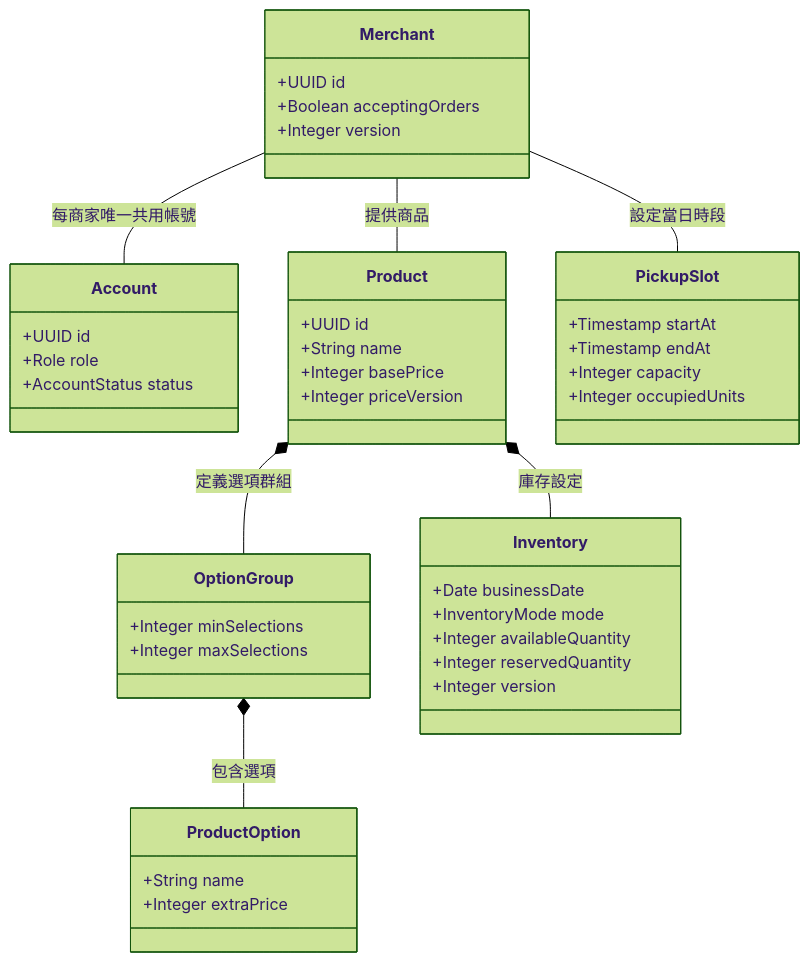
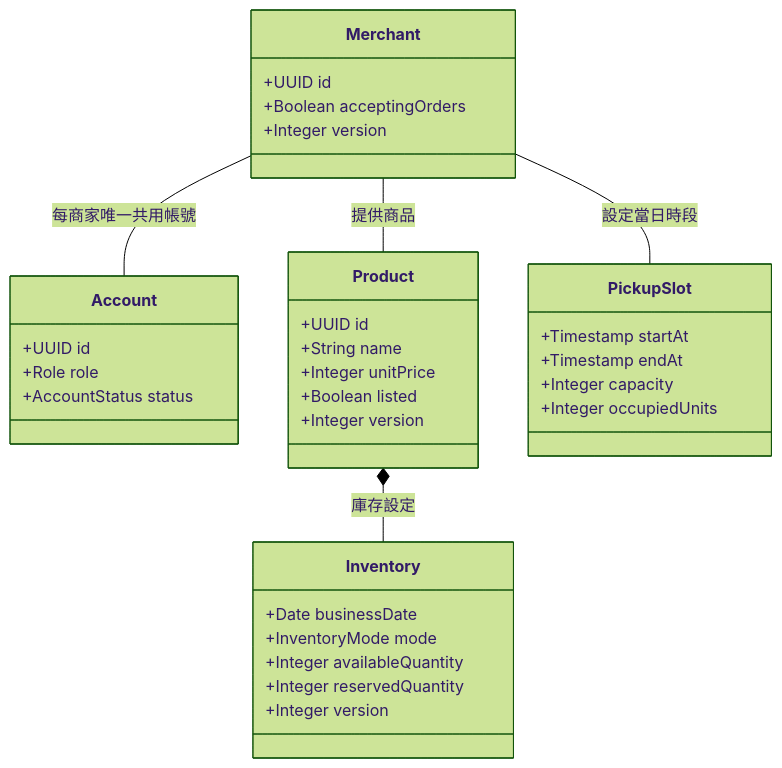
One commit to Himegragi/CampusRestaurantSystem changed the first of 2 diagrams in SAD_v0.6/10_共用資料架構.md. Above: the diagram before and after it, drawn with Mermaid (forest theme). The commit also changed other lines of this file and 23 other files, not shown here.

````diff
--- a/SAD_v0.6/10_共用資料架構.md
+++ b/SAD_v0.6/10_共用資料架構.md
@@ -13,47 +13,38 @@
 ```mermaid
 classDiagram
 direction TB
 class Account {
   +UUID id
   +Role role
   +AccountStatus status
 }
 class Merchant {
   +UUID id
   +Boolean acceptingOrders
   +Integer version
 }
 class Product {
   +UUID id
   +String name
-  +Integer basePrice
-  +Integer priceVersion
-}
-class OptionGroup {
-  +Integer minSelections
-  +Integer maxSelections
-}
-class ProductOption {
-  +String name
-  +Integer extraPrice
+  +Integer unitPrice
+  +Boolean listed
+  +Integer version
 }
 class Inventory {
   +Date businessDate
   +InventoryMode mode
   +Integer availableQuantity
   +Integer reservedQuantity
   +Integer version
 }
 class PickupSlot {
   +Timestamp startAt
   +Timestamp endAt
   +Integer capacity
   +Integer occupiedUnits
 }
 Merchant -- Account : 每商家唯一共用帳號
 Merchant -- Product : 提供商品
-Product *-- OptionGroup : 定義選項群組
-OptionGroup *-- ProductOption : 包含選項
 Product *-- Inventory : 庫存設定
 Merchant -- PickupSlot : 設定當日時段
 ```
````
